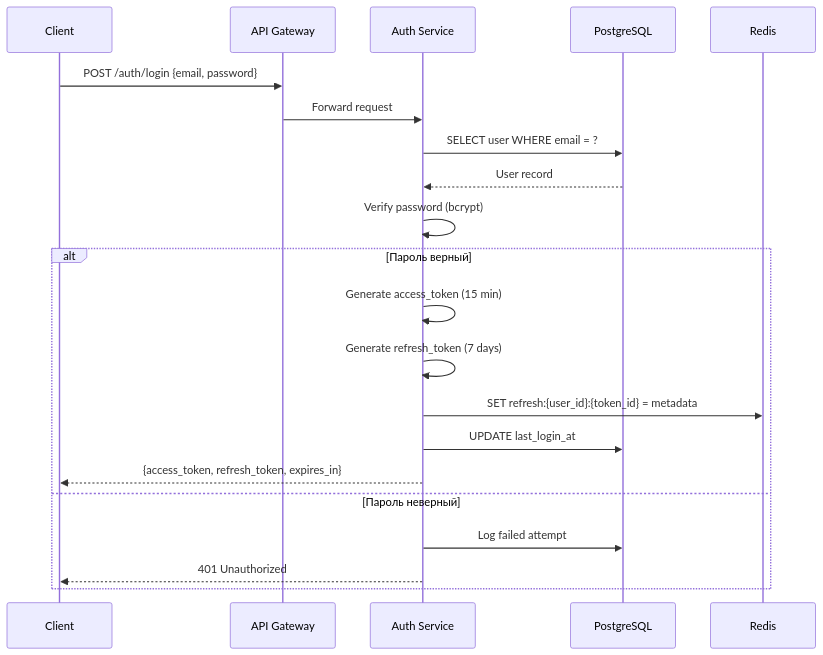
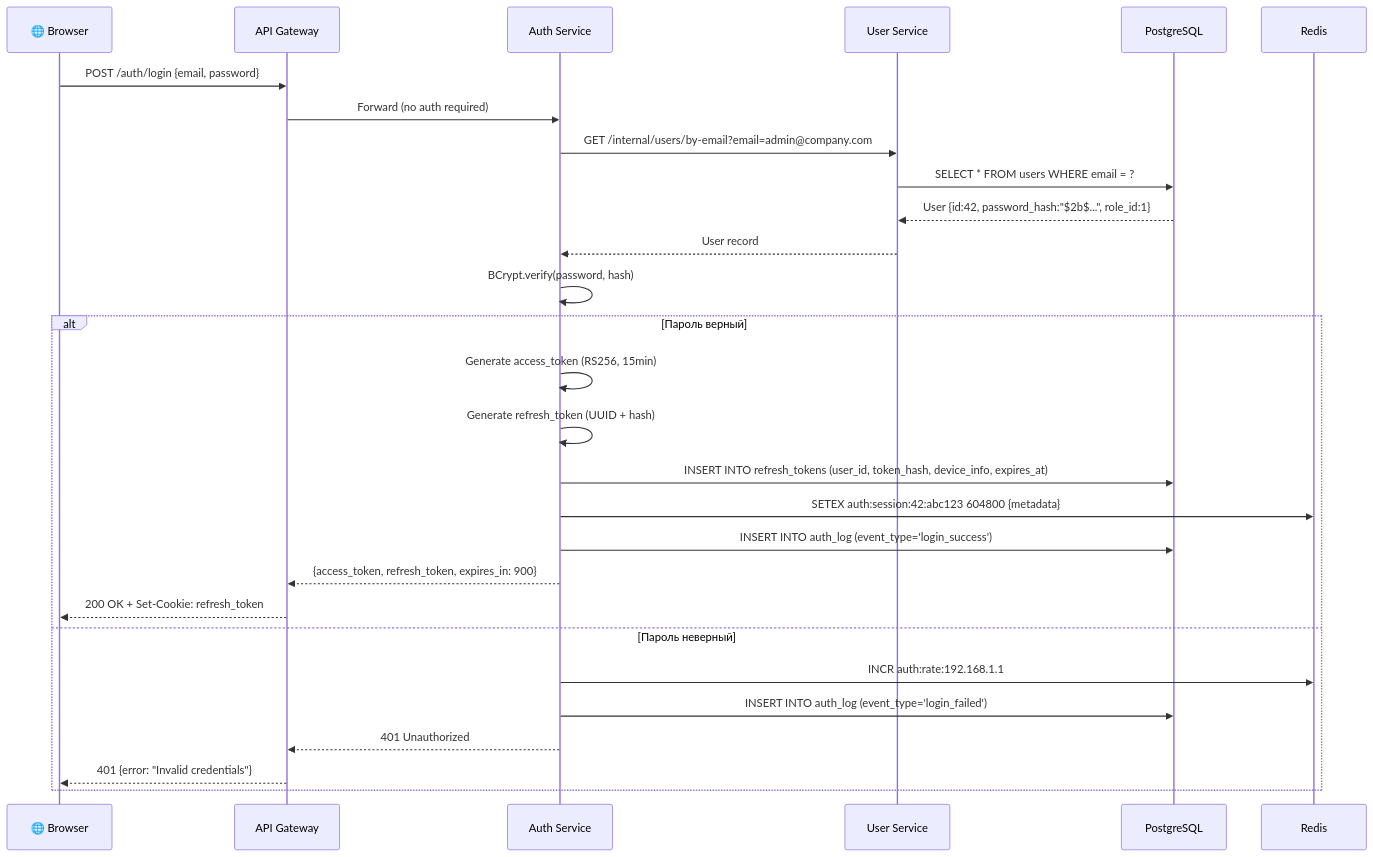
Before and after one commit to revarewerd/wayrecall-tracker-system: the seventh of 18 diagrams in docs/blocks/ARCHITECTURE_BLOCK3.md, drawn with Mermaid. The commit also changed other lines of this file and 544 other files, not shown here.

````diff
--- a/docs/blocks/ARCHITECTURE_BLOCK3.md
+++ b/docs/blocks/ARCHITECTURE_BLOCK3.md
@@ -442,26 +440,35 @@
 ```mermaid
 sequenceDiagram
-    participant C as Client
-    participant AG as API Gateway
+    participant B as 🌐 Browser
+    participant GW as API Gateway
     participant AS as Auth Service
+    participant US as User Service
     participant DB as PostgreSQL
     participant R as Redis
 
-    C->>AG: POST /auth/login {email, password}
-    AG->>AS: Forward request
-    AS->>DB: SELECT user WHERE email = ?
-    DB-->>AS: User record
+    B->>GW: POST /auth/login {email, password}
+    GW->>AS: Forward (no auth required)
     
-    AS->>AS: Verify password (bcrypt)
-    
+    AS->>US: GET /internal/users/by-email?email=admin@company.com
+    US->>DB: SELECT * FROM users WHERE email = ?
+    DB-->>US: User {id:42, password_hash:"$2b$...", role_id:1}
+    US-->>AS: User record
+
+    AS->>AS: BCrypt.verify(password, hash)
+
     alt Пароль верный
-        AS->>AS: Generate access_token (15 min)
-        AS->>AS: Generate refresh_token (7 days)
-        AS->>R: SET refresh:{user_id}:{token_id} = metadata
-        AS->>DB: UPDATE last_login_at
-        AS-->>C: {access_token, refresh_token, expires_in}
+        AS->>AS: Generate access_token (RS256, 15min)
+        AS->>AS: Generate refresh_token (UUID + hash)
+        AS->>DB: INSERT INTO refresh_tokens (user_id, token_hash, device_info, expires_at)
+        AS->>R: SETEX auth:session:42:abc123 604800 {metadata}
+        AS->>DB: INSERT INTO auth_log (event_type='login_success')
+
+        AS-->>GW: {access_token, refresh_token, expires_in: 900}
+        GW-->>B: 200 OK + Set-Cookie: refresh_token
     else Пароль неверный
-        AS->>DB: Log failed attempt
-        AS-->>C: 401 Unauthorized
+        AS->>R: INCR auth:rate:192.168.1.1
+        AS->>DB: INSERT INTO auth_log (event_type='login_failed')
+        AS-->>GW: 401 Unauthorized
+        GW-->>B: 401 {error: "Invalid credentials"}
     end
 ```
````
